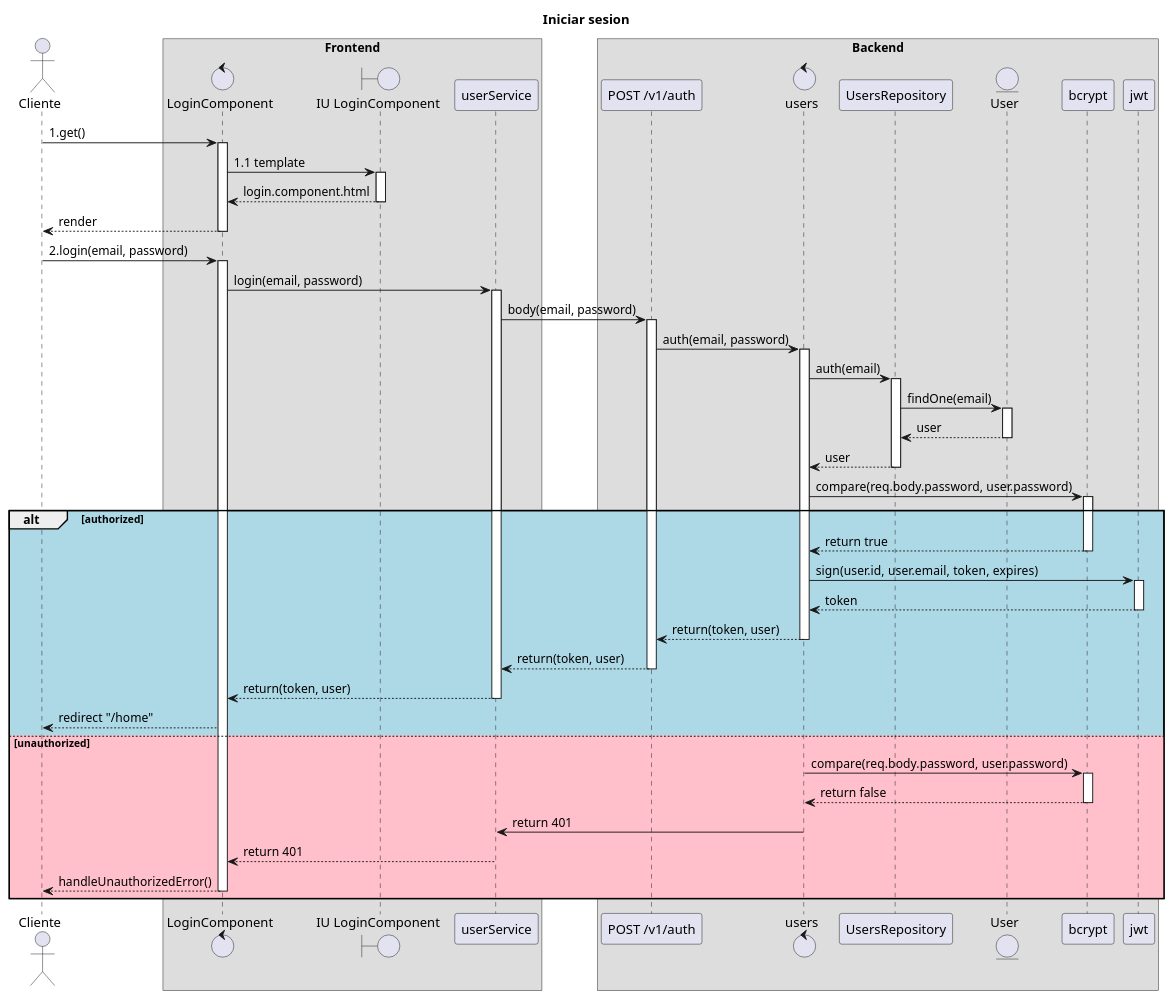
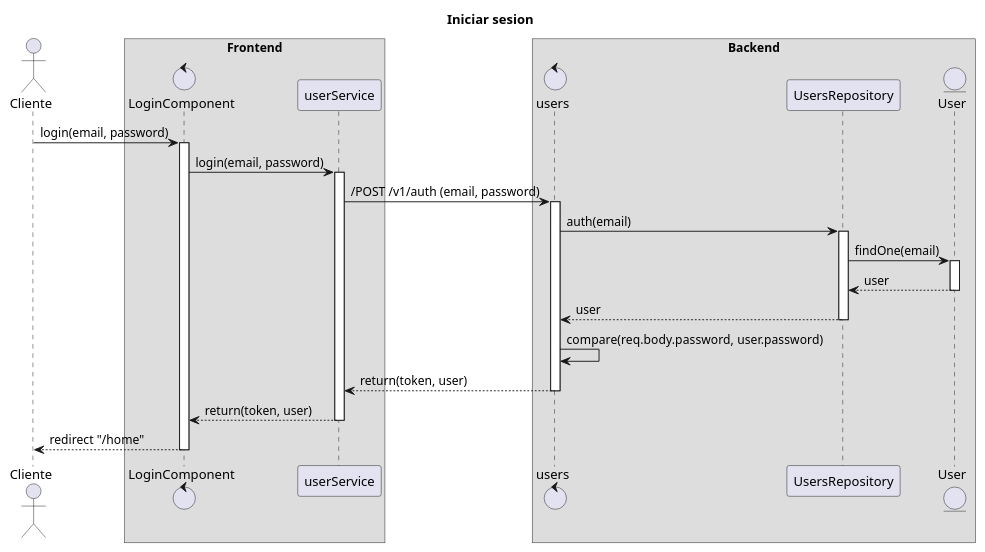
The diagram in 3.Diseño/3.4 Diagramas de secuencia/iniciar_sesion.wsd (ml-cchiappone/is-um2023), drawn with PlantUML before and after one commit. The commit also changed 36 other files, not shown here.

```diff
--- a/3.Diseño/3.4 Diagramas de secuencia/iniciar_sesion.wsd
+++ b/3.Diseño/3.4 Diagramas de secuencia/iniciar_sesion.wsd
@@ -1,64 +1,32 @@
 @startuml
 title Iniciar sesion
 actor Cliente
 box "Frontend"
 control LoginComponent
-boundary "IU LoginComponent"
-Cliente-> LoginComponent: 1.get()
-activate LoginComponent
-LoginComponent->"IU LoginComponent": 1.1 template
-activate "IU LoginComponent"
-"IU LoginComponent"-->LoginComponent: login.component.html
-deactivate "IU LoginComponent"
-LoginComponent-->Cliente: render
-deactivate LoginComponent
-Cliente-> LoginComponent: 2.login(email, password)
+Cliente-> LoginComponent: login(email, password)
 activate LoginComponent
 LoginComponent->userService:login(email, password)
 activate userService
 end box
 box "Backend"
-userService->"POST /v1/auth": body(email, password)
-activate "POST /v1/auth"
 control users
-"POST /v1/auth"->users: auth(email, password)
+"userService"->users: /POST /v1/auth (email, password)
 activate users
 users->UsersRepository: auth(email)
 activate UsersRepository
 entity User
 UsersRepository->User: findOne(email)
 activate User
 User-->"UsersRepository": user
 deactivate User
 UsersRepository-->users: user
 deactivate UsersRepository
-users->"bcrypt": compare(req.body.password, user.password)
-alt #LightBlue authorized
-    activate bcrypt
-    bcrypt-->users: return true
-    deactivate bcrypt
-    users->jwt: sign(user.id, user.email, token, expires)
-    activate jwt
-    jwt-->users: token
-    deactivate jwt
-    end box
-    users-->"POST /v1/auth": return(token, user)
-    deactivate users
-    "POST /v1/auth"-->userService: return(token, user)
-    deactivate "POST /v1/auth"
-    userService-->LoginComponent: return(token, user)
-    deactivate userService
-    LoginComponent-->"Cliente": redirect "/home"
-else #Pink unauthorized
-users->"bcrypt": compare(req.body.password, user.password)
-    activate bcrypt
-    bcrypt-->users: return false
-    deactivate bcrypt
-    users->userService: return 401
-    userService-->LoginComponent: return 401
-    LoginComponent-->"Cliente": handleUnauthorizedError()
-    deactivate LoginComponent
-
-end
+users->users: compare(req.body.password, user.password)
+users-->userService: return(token, user)
+deactivate users
+userService-->LoginComponent: return(token, user)
+deactivate userService
+LoginComponent-->"Cliente": redirect "/home"
+deactivate LoginComponent
 
 @enduml
```
